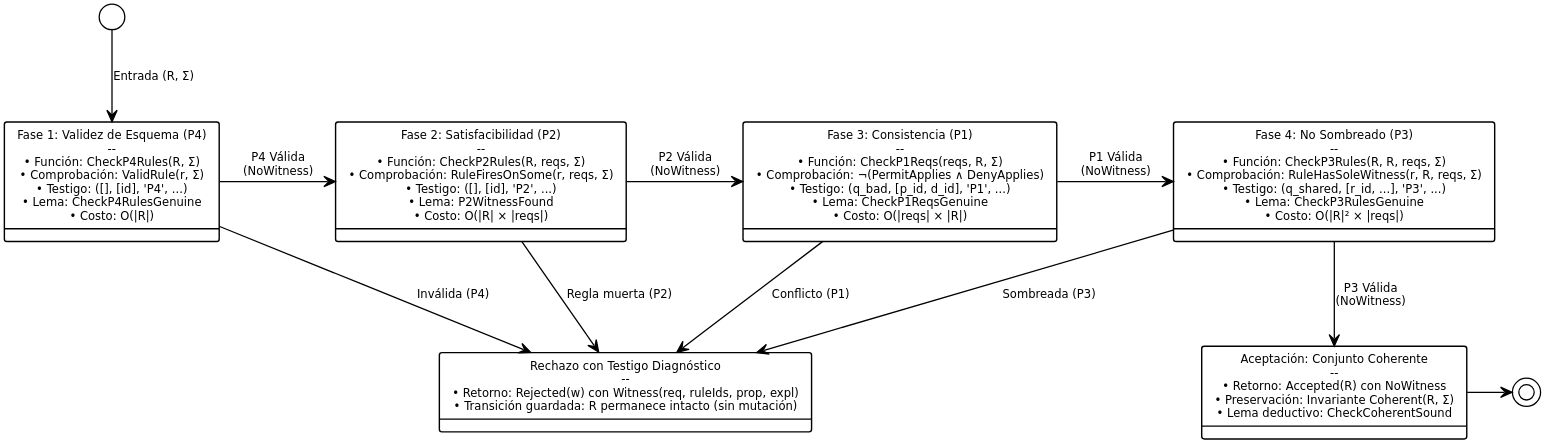
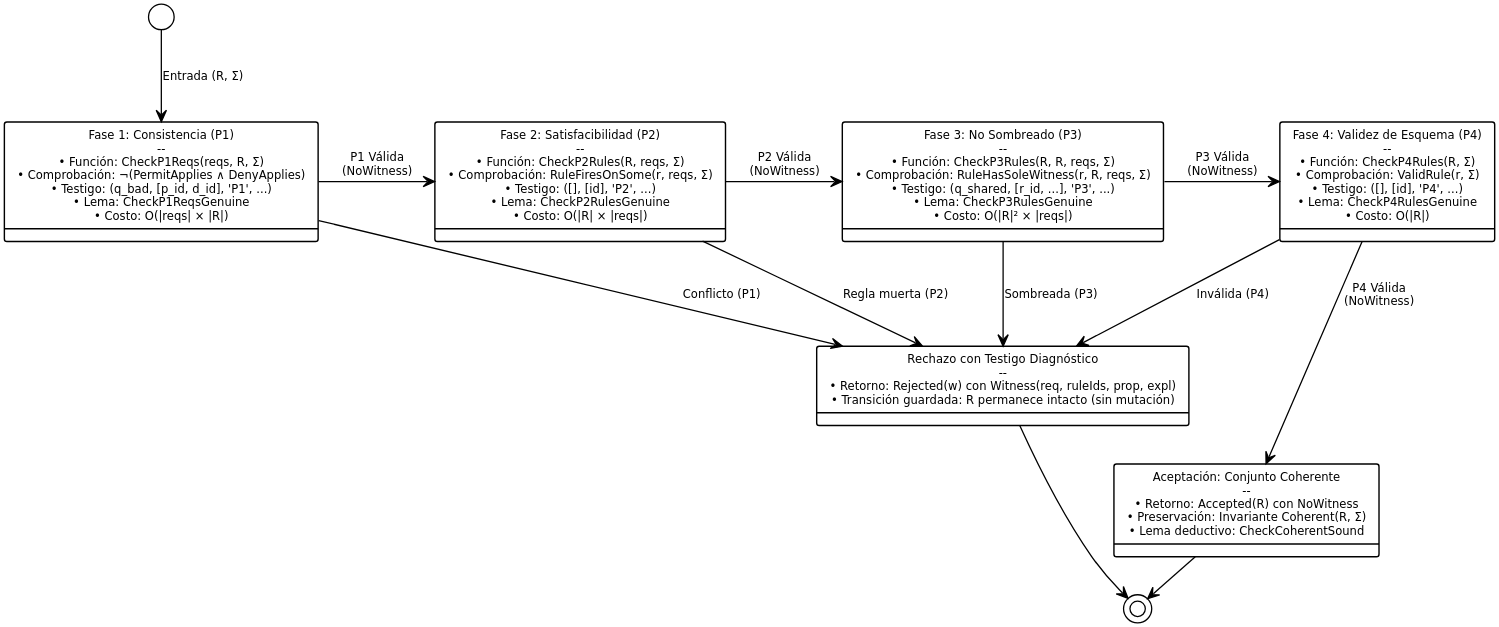
The diagram in paper/img/check_phases.puml (microuni-unsa/afve-teo-turno-c-grupo-1-final), drawn with PlantUML before and after one commit. The commit also changed 7 other files, not shown here.

```diff
--- a/paper/img/check_phases.puml
+++ b/paper/img/check_phases.puml
@@ -1,39 +1,40 @@
 @startuml check_phases
 !theme plain
 skinparam monochrome true
 skinparam shadowing false
 skinparam defaultFontName "DejaVu Sans"
 skinparam defaultFontSize 9
 skinparam roundCorner 4
 skinparam stateBorderThickness 1.1
 skinparam dpi 300
 
-[*] --> P4 : Entrada (R, Σ)
+[*] --> P1 : Entrada (R, Σ)
 
-state "Fase 1: Validez de Esquema (P4)\n--\n• Función: CheckP4Rules(R, Σ)\n• Comprobación: ValidRule(r, Σ)\n• Testigo: ([], [id], 'P4', ...)\n• Lema: CheckP4RulesGenuine\n• Costo: O(|R|)" as P4
+state "Fase 1: Consistencia (P1)\n--\n• Función: CheckP1Reqs(reqs, R, Σ)\n• Comprobación: ¬(PermitApplies ∧ DenyApplies)\n• Testigo: (q_bad, [p_id, d_id], 'P1', ...)\n• Lema: CheckP1ReqsGenuine\n• Costo: O(|reqs| × |R|)" as P1
 
-state "Fase 2: Satisfacibilidad (P2)\n--\n• Función: CheckP2Rules(R, reqs, Σ)\n• Comprobación: RuleFiresOnSome(r, reqs, Σ)\n• Testigo: ([], [id], 'P2', ...)\n• Lema: P2WitnessFound\n• Costo: O(|R| × |reqs|)" as P2
+state "Fase 2: Satisfacibilidad (P2)\n--\n• Función: CheckP2Rules(R, reqs, Σ)\n• Comprobación: RuleFiresOnSome(r, reqs, Σ)\n• Testigo: ([], [id], 'P2', ...)\n• Lema: CheckP2RulesGenuine\n• Costo: O(|R| × |reqs|)" as P2
 
-state "Fase 3: Consistencia (P1)\n--\n• Función: CheckP1Reqs(reqs, R, Σ)\n• Comprobación: ¬(PermitApplies ∧ DenyApplies)\n• Testigo: (q_bad, [p_id, d_id], 'P1', ...)\n• Lema: CheckP1ReqsGenuine\n• Costo: O(|reqs| × |R|)" as P1
+state "Fase 3: No Sombreado (P3)\n--\n• Función: CheckP3Rules(R, R, reqs, Σ)\n• Comprobación: RuleHasSoleWitness(r, R, reqs, Σ)\n• Testigo: (q_shared, [r_id, ...], 'P3', ...)\n• Lema: CheckP3RulesGenuine\n• Costo: O(|R|² × |reqs|)" as P3
 
-state "Fase 4: No Sombreado (P3)\n--\n• Función: CheckP3Rules(R, R, reqs, Σ)\n• Comprobación: RuleHasSoleWitness(r, R, reqs, Σ)\n• Testigo: (q_shared, [r_id, ...], 'P3', ...)\n• Lema: CheckP3RulesGenuine\n• Costo: O(|R|² × |reqs|)" as P3
+state "Fase 4: Validez de Esquema (P4)\n--\n• Función: CheckP4Rules(R, Σ)\n• Comprobación: ValidRule(r, Σ)\n• Testigo: ([], [id], 'P4', ...)\n• Lema: CheckP4RulesGenuine\n• Costo: O(|R|)" as P4
 
 state "Rechazo con Testigo Diagnóstico\n--\n• Retorno: Rejected(w) con Witness(req, ruleIds, prop, expl)\n• Transición guardada: R permanece intacto (sin mutación)" as Rejected
 
 state "Aceptación: Conjunto Coherente\n--\n• Retorno: Accepted(R) con NoWitness\n• Preservación: Invariante Coherent(R, Σ)\n• Lema deductivo: CheckCoherentSound" as Accepted
 
-P4 -right-> P2 : P4 Válida\n(NoWitness)
+P1 -right-> P2 : P1 Válida\n(NoWitness)
+P1 --> Rejected : Conflicto (P1)
+
+P2 -right-> P3 : P2 Válida\n(NoWitness)
+P2 --> Rejected : Regla muerta (P2)
+
+P3 -right-> P4 : P3 Válida\n(NoWitness)
+P3 --> Rejected : Sombreada (P3)
+
+P4 --> Accepted : P4 Válida\n(NoWitness)
 P4 --> Rejected : Inválida (P4)
 
-P2 -right-> P1 : P2 Válida\n(NoWitness)
-P2 --> Rejected : Regla muerta (P2)
-
-P1 -right-> P3 : P1 Válida\n(NoWitness)
-P1 --> Rejected : Conflicto (P1)
-
-P3 --> Accepted : P3 Válida\n(NoWitness)
-P3 --> Rejected : Sombreada (P3)
-
 Accepted -right-> [*]
+Rejected --> [*]
 
 @enduml
```
